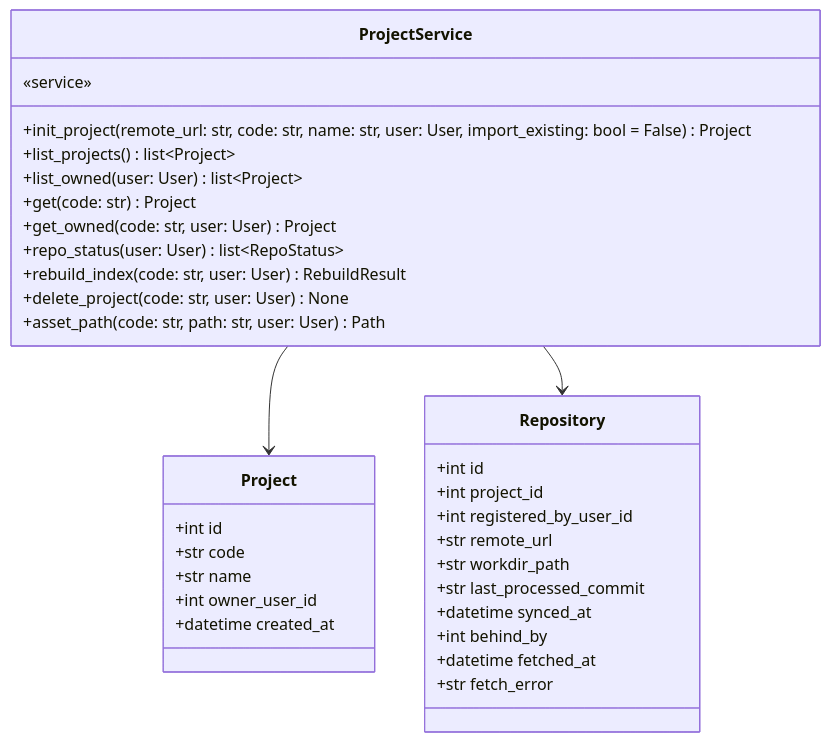
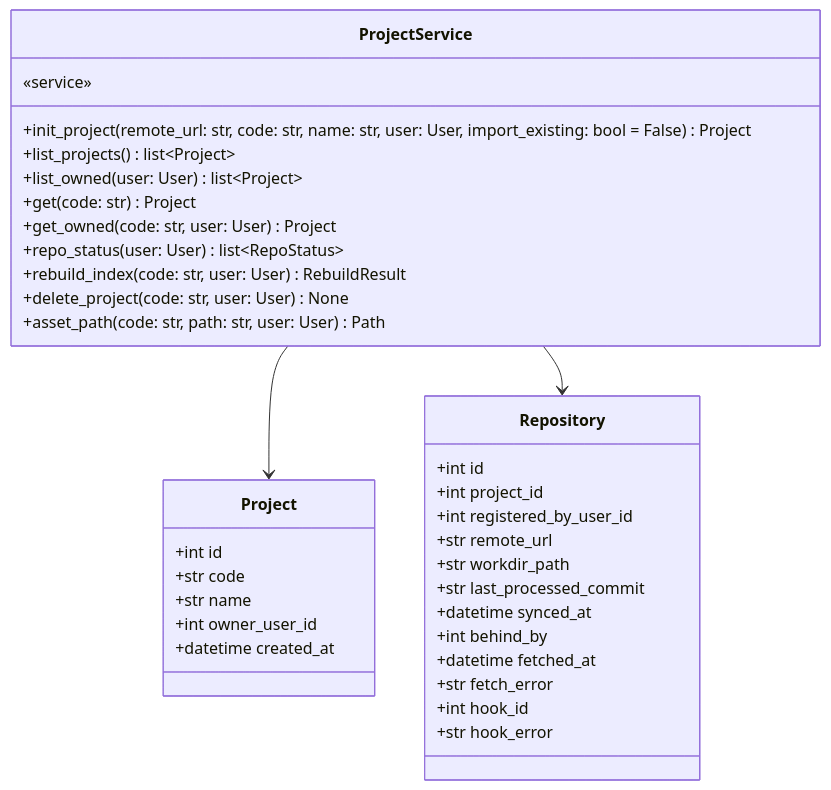
One commit to HoyoungParkme/syncdoc changed diagram 13 of 16 in docs/specs/06-DOM/SYNC-DOM-002.md. Above: the diagram before and after it, drawn with Mermaid. The commit also changed other lines of this file and 31 other files, not shown here.

````diff
--- a/docs/specs/06-DOM/SYNC-DOM-002.md
+++ b/docs/specs/06-DOM/SYNC-DOM-002.md
@@ -522,36 +529,38 @@
 ```mermaid
 classDiagram
     class ProjectService {
         «service»
         +init_project(remote_url: str, code: str, name: str, user: User, import_existing: bool = False) Project
         +list_projects() list~Project~
         +list_owned(user: User) list~Project~
         +get(code: str) Project
         +get_owned(code: str, user: User) Project
         +repo_status(user: User) list~RepoStatus~
         +rebuild_index(code: str, user: User) RebuildResult
         +delete_project(code: str, user: User) None
         +asset_path(code: str, path: str, user: User) Path
     }
     class Project {
         +int id
         +str code
         +str name
         +int owner_user_id
         +datetime created_at
     }
     class Repository {
         +int id
         +int project_id
         +int registered_by_user_id
         +str remote_url
         +str workdir_path
         +str last_processed_commit
         +datetime synced_at
         +int behind_by
         +datetime fetched_at
         +str fetch_error
+        +int hook_id
+        +str hook_error
     }
     ProjectService --> Project
     ProjectService --> Repository
 ```
````
